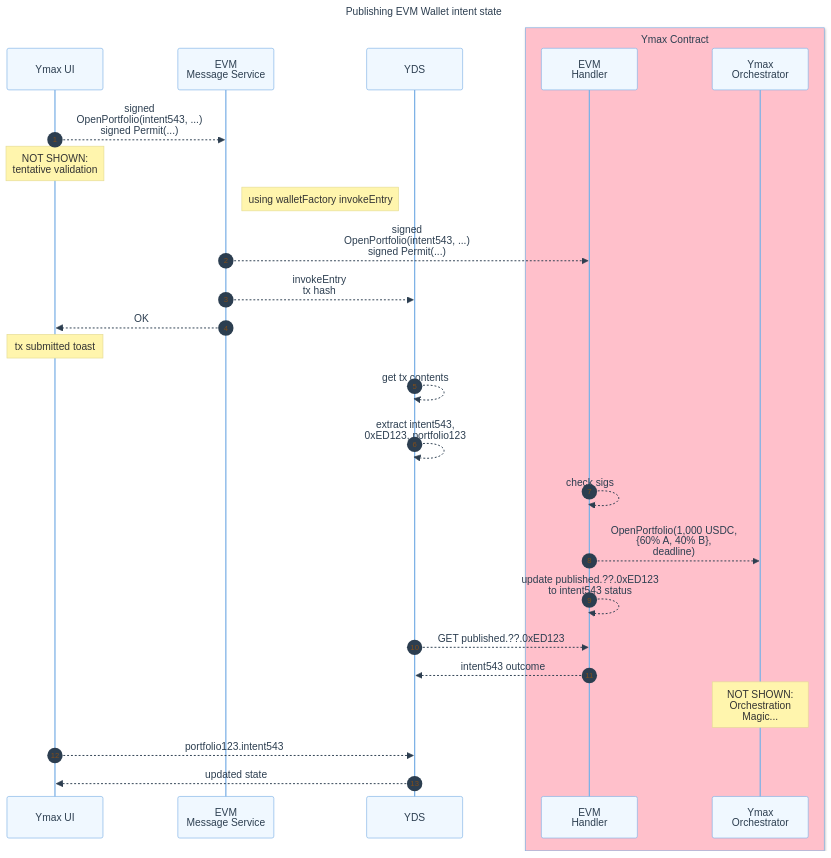
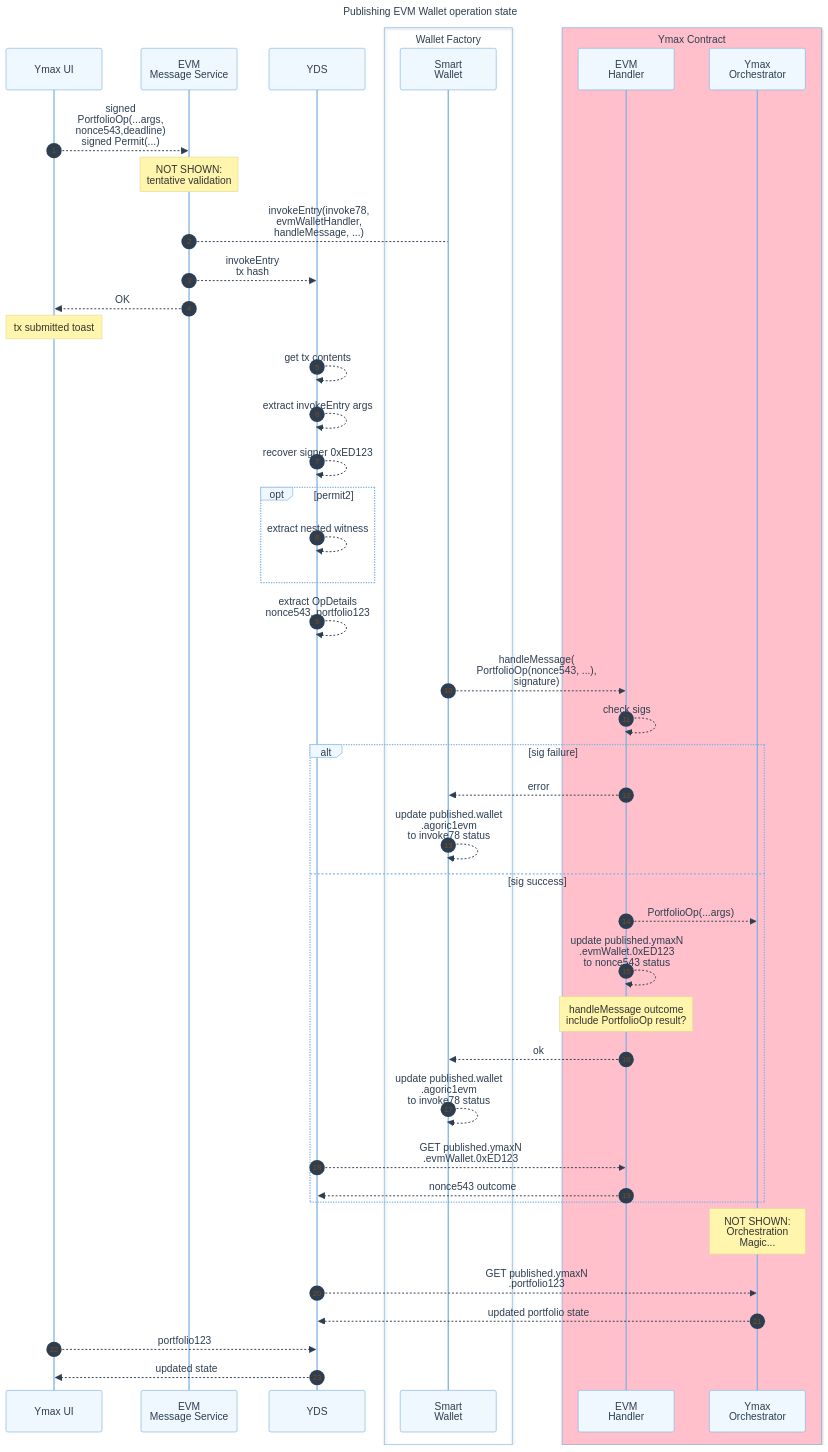
One commit to Agoric/agoric-sdk changed the fifth of 7 diagrams in packages/portfolio-contract/docs-design/evm-wallet.md. Above: the diagram before and after it, drawn with Mermaid. The commit also changed other lines of this file, not shown here.

Commit message:
docs: update evm permit2, create+deposit

````diff
--- a/packages/portfolio-contract/docs-design/evm-wallet.md
+++ b/packages/portfolio-contract/docs-design/evm-wallet.md
@@ -227,48 +240,69 @@
 ```mermaid
 
 %%{init: {
   'theme': 'base',
   'themeVariables': {
     'primaryColor': '#f0f8ff',
     'primaryTextColor': '#2c3e50',
     'primaryBorderColor': '#7fb2e6',
     'lineColor': '#7fb2e6',
     'secondaryColor': '#f6f8fa',
     'tertiaryColor': '#fff5e6'
   }
 }}%%
 sequenceDiagram
-  title Publishing EVM Wallet intent state
+  title Publishing EVM Wallet operation state
   autonumber
   participant D as Ymax UI
   participant EMS as EVM<br/> Message Service
   participant YDS
   %% [Where it runs]
+  box Wallet Factory
+    participant W as Smart<br/>Wallet
+  end
   box Pink Ymax Contract
     participant EMH as EVM<br/>Handler
     participant YC as Ymax<br/>Orchestrator
   end
 
   %% Notation: ->> for initial message, -->> for consequences
 
-  D -->> EMS: signed<br/>OpenPortfolio(intent543, ...)<br/>signed Permit(...)
+  D -->> EMS: signed<br/>PortfolioOp(...args,<br/>nonce543,deadline)<br/>signed Permit(...)
 
-  note over D: NOT SHOWN:<br/>tentative validation
-  note right of EMS: using walletFactory invokeEntry
-  EMS -->> EMH: signed<br/>OpenPortfolio(intent543, ...)<br/>signed Permit(...)
+  note over EMS: NOT SHOWN:<br/>tentative validation
+  EMS --> W: invokeEntry(invoke78,<br/>evmWalletHandler,<br/>handleMessage, ...)
   EMS -->> YDS: invokeEntry<br/>tx hash
   EMS -->> D: OK
   note over D: tx submitted toast
 
   YDS -->> YDS: get tx contents
-  YDS -->> YDS: extract intent543,<br/>0xED123, portfolio123
+  YDS -->> YDS: extract invokeEntry args
+  YDS -->> YDS: recover signer 0xED123
+  opt permit2
+    YDS -->> YDS: extract nested witness
+  end
+  YDS -->> YDS: extract OpDetails<br/>nonce543, portfolio123
+
+  W -->> EMH: handleMessage(<br/>PortfolioOp(nonce543, ...),<br/>signature)
   EMH -->> EMH: check sigs
-  EMH -->> YC: OpenPortfolio(1,000 USDC,<br/>{60% A, 40% B},<br/>deadline)
-  EMH -->> EMH: update published.??.0xED123<br/>to intent543 status
-  YDS -->> EMH: GET published.??.0xED123
-  EMH -->>YDS: intent543 outcome
+  alt sig failure
+    EMH -->> W: error
+    W -->> W: update published.wallet<br/>.agoric1evm<br/>to invoke78 status
+  else sig success
+    EMH -->> YC: PortfolioOp(...args)
+    EMH -->> EMH: update published.ymaxN<br/>.evmWallet.0xED123<br/>to nonce543 status
+    note over EMH: handleMessage outcome<br/>include PortfolioOp result?
+    EMH -->> W: ok
+    W -->> W: update published.wallet<br/>.agoric1evm<br/>to invoke78 status
+    YDS -->> EMH: GET published.ymaxN<br/>.evmWallet.0xED123
+    EMH -->> YDS: nonce543 outcome
+  end
 
   note over YC: NOT SHOWN:<br/>Orchestration<br/>Magic...
-  D -->> YDS: portfolio123.intent543
+
+  YDS -->> YC: GET published.ymaxN<br/>.portfolio123
+  YC -->> YDS: updated portfolio state
+
+  D -->> YDS: portfolio123
   YDS -->> D: updated state
 ```
````
